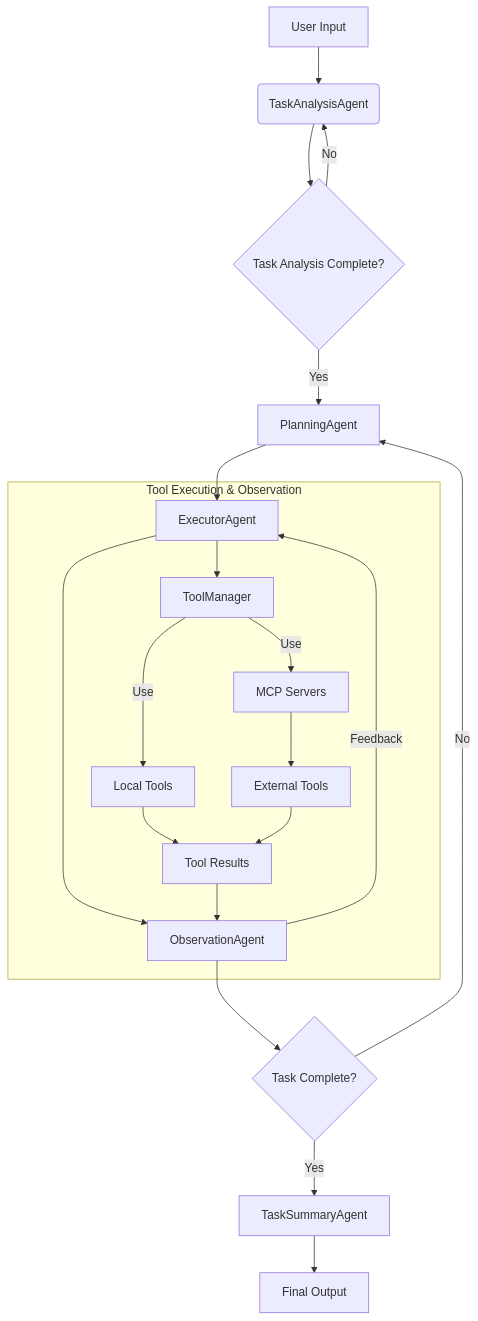
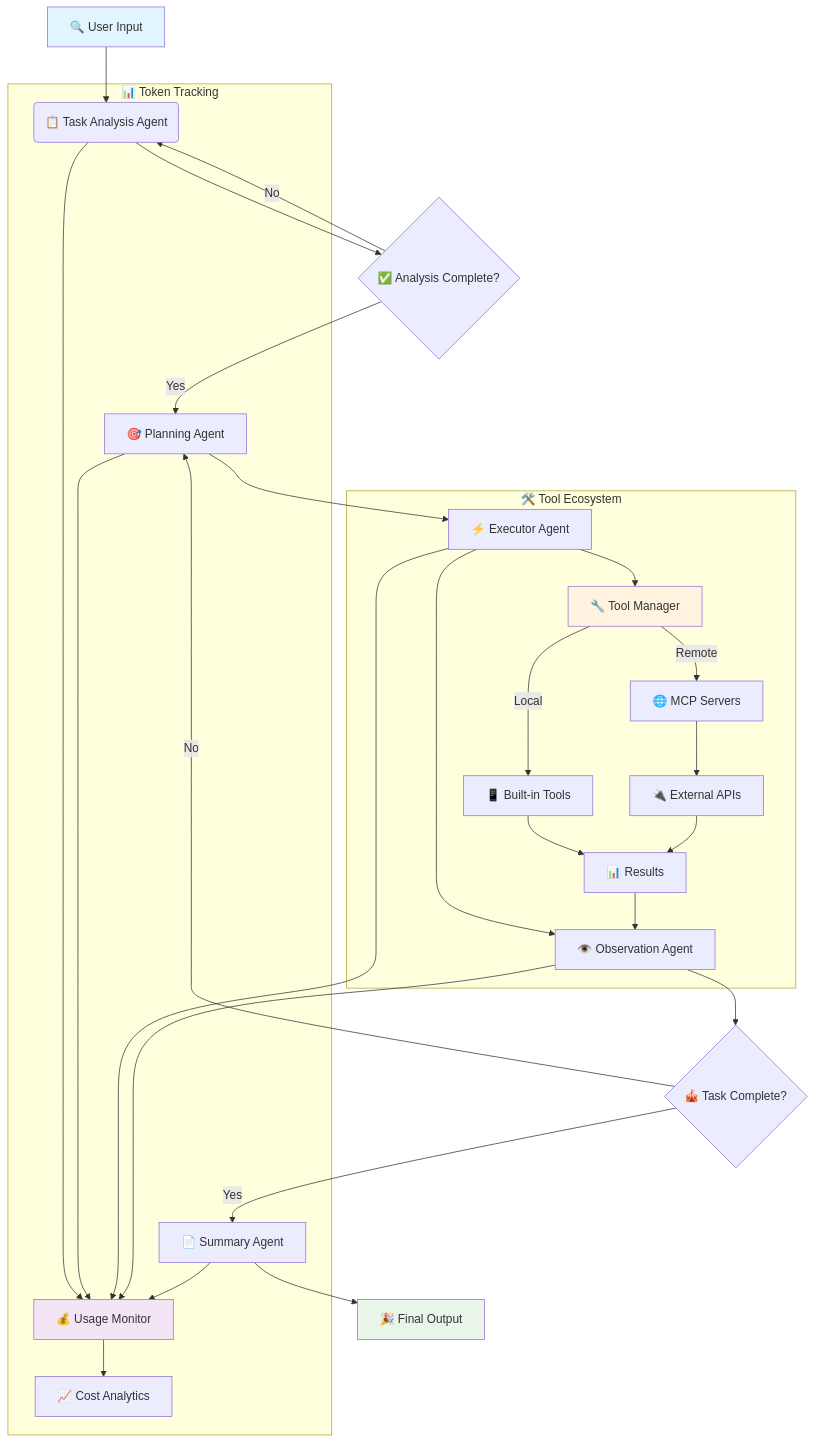
The diagram in README.md (baller/SuperTravelAgent), drawn with Mermaid before and after one commit. The commit also changed other lines of this file and 35 other files, not shown here.

````diff
--- a/README.md
+++ b/README.md
@@ -65,24 +50,37 @@
 ```mermaid
 graph TD
-    A[User Input] --> B(TaskAnalysisAgent)
-    B --> C{Task Analysis Complete?}
-    C -->|Yes| D[PlanningAgent]
+    A[🔍 User Input] --> B(📋 Task Analysis Agent)
+    B --> C{✅ Analysis Complete?}
+    C -->|Yes| D[🎯 Planning Agent]
     C -->|No| B
-    D --> E[ExecutorAgent]
-    E --> F[ObservationAgent]
-    F --> G{Task Complete?}
-    G -->|Yes| H[TaskSummaryAgent]
+    D --> E[⚡ Executor Agent]
+    E --> F[👁️ Observation Agent]
+    F --> G{🎪 Task Complete?}
+    G -->|Yes| H[📄 Summary Agent]
     G -->|No| D
-    H --> I[Final Output]
+    H --> I[🎉 Final Output]
     
-    subgraph Tool Execution & Observation 
-        E --> J[ToolManager]
-        J -->|Use| K[Local Tools]
-        J -->|Use| L[MCP Servers]
-        L --> M[External Tools]
-        K --> N[Tool Results]
+    subgraph "🛠️ Tool Ecosystem"
+        E --> J[🔧 Tool Manager]
+        J -->|Local| K[📱 Built-in Tools]
+        J -->|Remote| L[🌐 MCP Servers]
+        L --> M[🔌 External APIs]
+        K --> N[📊 Results]
         M --> N
-        N --> F[ObservationAgent]  
-        F -->|Feedback| E  
+        N --> F
     end
+    
+    subgraph "📊 Token Tracking"
+        B --> P[💰 Usage Monitor]
+        D --> P
+        E --> P
+        F --> P
+        H --> P
+        P --> Q[📈 Cost Analytics]
+    end
+    
+    style A fill:#e1f5fe
+    style I fill:#e8f5e8
+    style J fill:#fff3e0
+    style P fill:#f3e5f5
 ```
````
